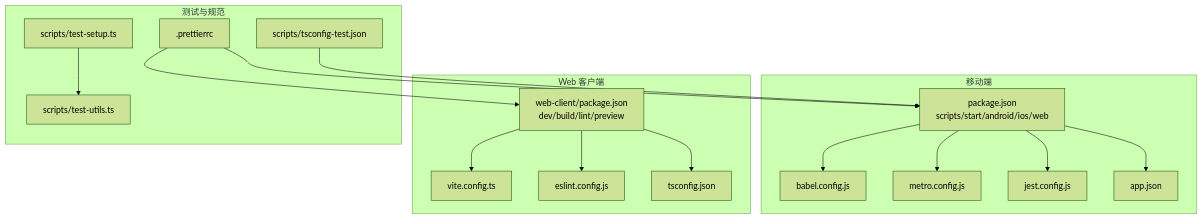
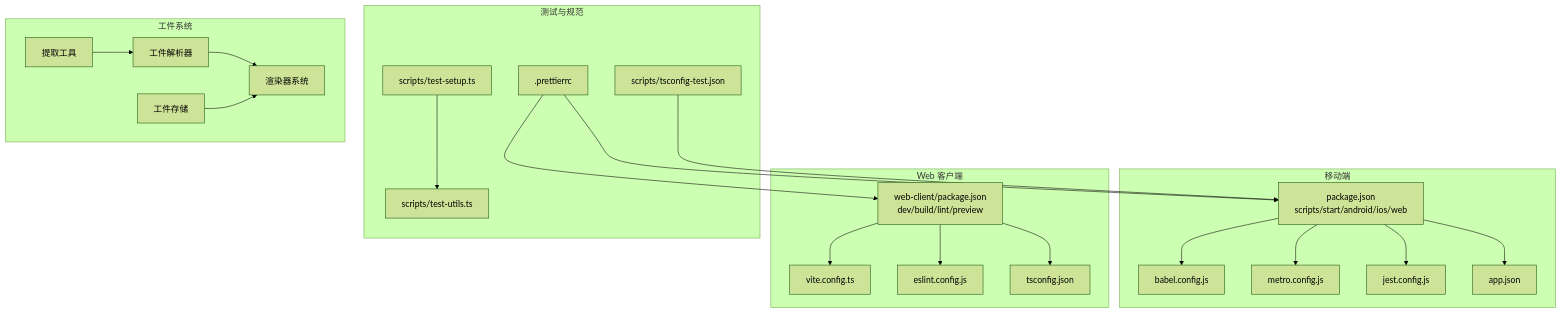
One commit to NarcisWL/Nexara changed the second of 9 diagrams in .qoder/repowiki/zh/content/开发指南/开发指南.md. Above: the diagram before and after it, drawn with Mermaid (forest theme). The commit also changed other lines of this file and 4 other files, not shown here.

````diff
--- a/.qoder/repowiki/zh/content/开发指南/开发指南.md
+++ b/.qoder/repowiki/zh/content/开发指南/开发指南.md
@@ -124,33 +163,42 @@
 ```mermaid
 graph TB
 subgraph "移动端"
 M_pkg["package.json<br/>scripts/start/android/ios/web"]
 M_babel["babel.config.js"]
 M_metro["metro.config.js"]
 M_jest["jest.config.js"]
 M_app["app.json"]
 end
 subgraph "Web 客户端"
 W_pkg["web-client/package.json<br/>dev/build/lint/preview"]
 W_vite["vite.config.ts"]
 W_eslint["eslint.config.js"]
 W_ts["tsconfig.json"]
 end
 subgraph "测试与规范"
 T_setup["scripts/test-setup.ts"]
 T_utils["scripts/test-utils.ts"]
 T_tst["scripts/tsconfig-test.json"]
 Prettier[".prettierrc"]
 end
+subgraph "工件系统"
+A_parser["工件解析器"]
+A_renderer["渲染器系统"]
+A_store["工件存储"]
+A_extractor["提取工具"]
+end
 M_pkg --> M_babel
 M_pkg --> M_metro
 M_pkg --> M_jest
 M_pkg --> M_app
 W_pkg --> W_vite
 W_pkg --> W_eslint
 W_pkg --> W_ts
 T_setup --> T_utils
 T_tst --> M_pkg
 Prettier --> M_pkg
 Prettier --> W_pkg
+A_parser --> A_renderer
+A_store --> A_renderer
+A_extractor --> A_parser
 ```
````
